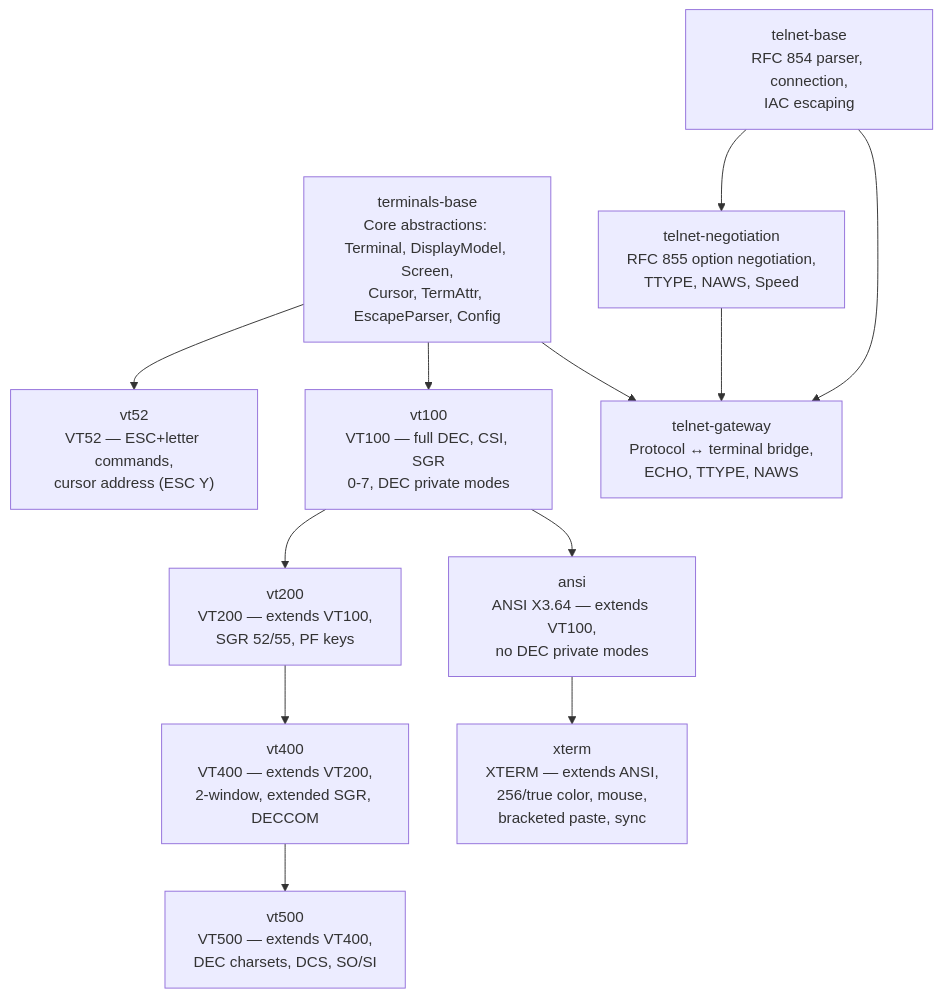
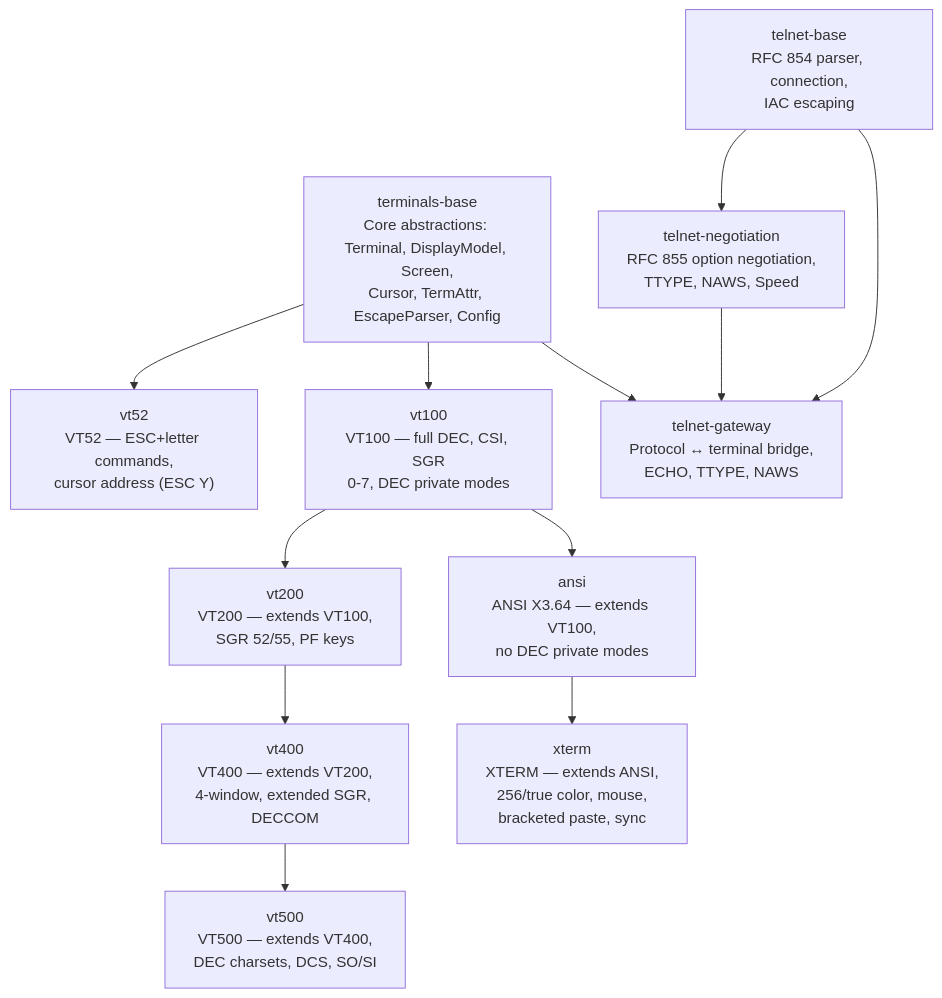
Before and after one commit to 000ssg/lego-flow: the diagram in network/terminals/docs/plan.md, drawn with Mermaid. The commit also changed other lines of this file and 50 other files, not shown here.

````diff
--- a/network/terminals/docs/plan.md
+++ b/network/terminals/docs/plan.md
@@ -13,30 +13,30 @@
 ```mermaid
 graph TD
     TB["terminals-base<br/>Core abstractions: Terminal, DisplayModel, Screen,<br/>Cursor, TermAttr, EscapeParser, Config"]
 
     V52["vt52<br/>VT52 — ESC+letter commands,<br/>cursor address (ESC Y)"]
     V100["vt100<br/>VT100 — full DEC, CSI, SGR<br/>0-7, DEC private modes"]
 
     V200["vt200<br/>VT200 — extends VT100,<br/>SGR 52/55, PF keys"]
-    V400["vt400<br/>VT400 — extends VT200,<br/>2-window, extended SGR, DECCOM"]
+    V400["vt400<br/>VT400 — extends VT200,<br/>4-window, extended SGR, DECCOM"]
     V500["vt500<br/>VT500 — extends VT400,<br/>DEC charsets, DCS, SO/SI"]
 
     ANS["ansi<br/>ANSI X3.64 — extends VT100,<br/>no DEC private modes"]
     XT["xterm<br/>XTERM — extends ANSI,<br/>256/true color, mouse,<br/>bracketed paste, sync"]
 
     TBN["telnet-base<br/>RFC 854 parser, connection,<br/>IAC escaping"]
     TN["telnet-negotiation<br/>RFC 855 option negotiation,<br/>TTYPE, NAWS, Speed"]
     TG["telnet-gateway<br/>Protocol ↔ terminal bridge,<br/>ECHO, TTYPE, NAWS"]
 
     TB --> V52
     TB --> V100
     V100 --> V200
     V200 --> V400
     V400 --> V500
     V100 --> ANS
     ANS --> XT
     TBN --> TN
     TBN --> TG
     TN --> TG
     TB --> TG
 ```
````
